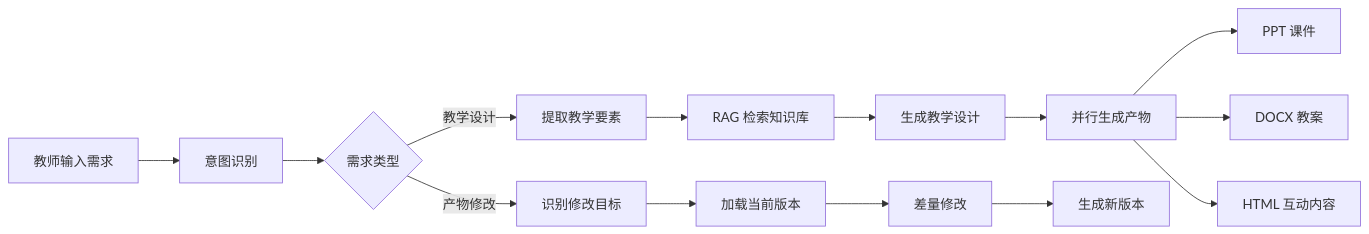
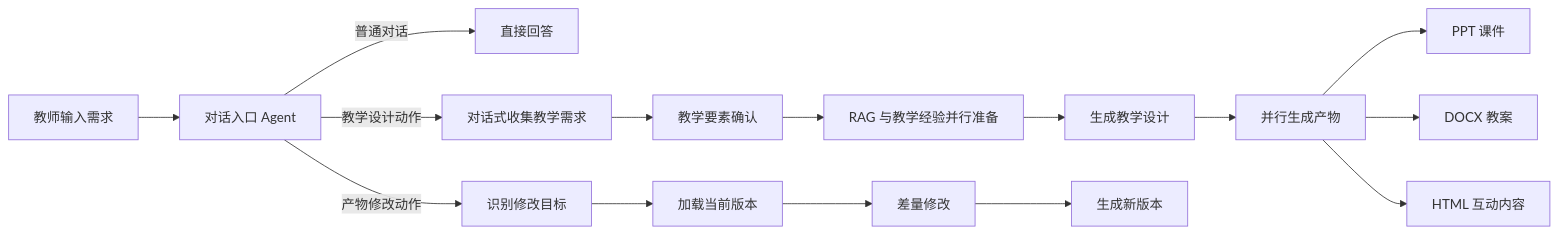
The diagram in README.md (cyone123/SmartClass-Agent), drawn with Mermaid before and after one commit. The commit also changed other lines of this file and 15 other files, not shown here.

Commit message:
refactor: simplify main graph intent router and metadata intake

````diff
--- a/README.md
+++ b/README.md
@@ -40,16 +40,17 @@
 ```mermaid
 graph LR
-    A[教师输入需求] --> B[意图识别]
-    B --> C{需求类型}
-    C -->|教学设计| D[提取教学要素]
-    C -->|产物修改| E[识别修改目标]
-    D --> F[RAG 检索知识库]
+    A[教师输入需求] --> B[对话入口 Agent]
+    B -->|普通对话| C[直接回答]
+    B -->|教学设计动作| D[对话式收集教学需求]
+    B -->|产物修改动作| E[识别修改目标]
+    D --> R[教学要素确认]
+    R --> F[RAG 与教学经验并行准备]
     F --> G[生成教学设计]
     G --> H[并行生成产物]
     H --> I[PPT 课件]
     H --> J[DOCX 教案]
     H --> K[HTML 互动内容]
     E --> L[加载当前版本]
     L --> M[差量修改]
     M --> N[生成新版本]
 ```
````
